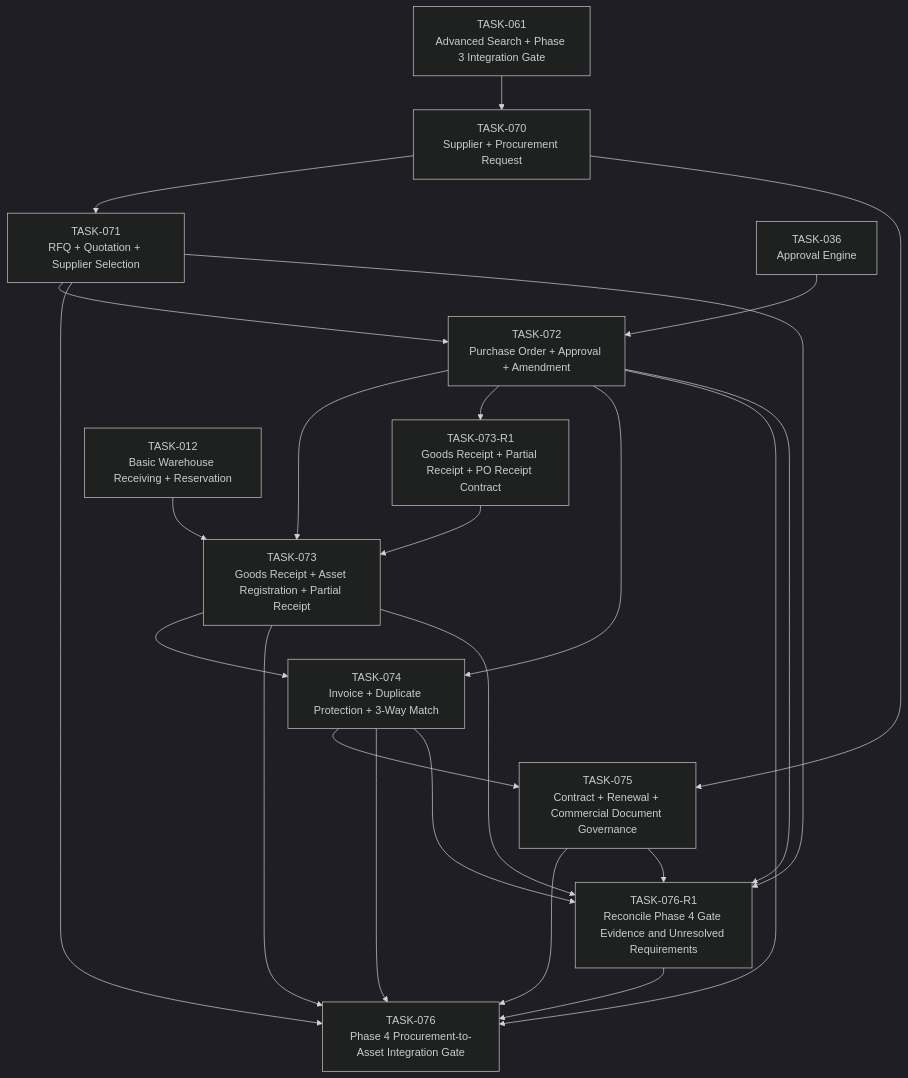
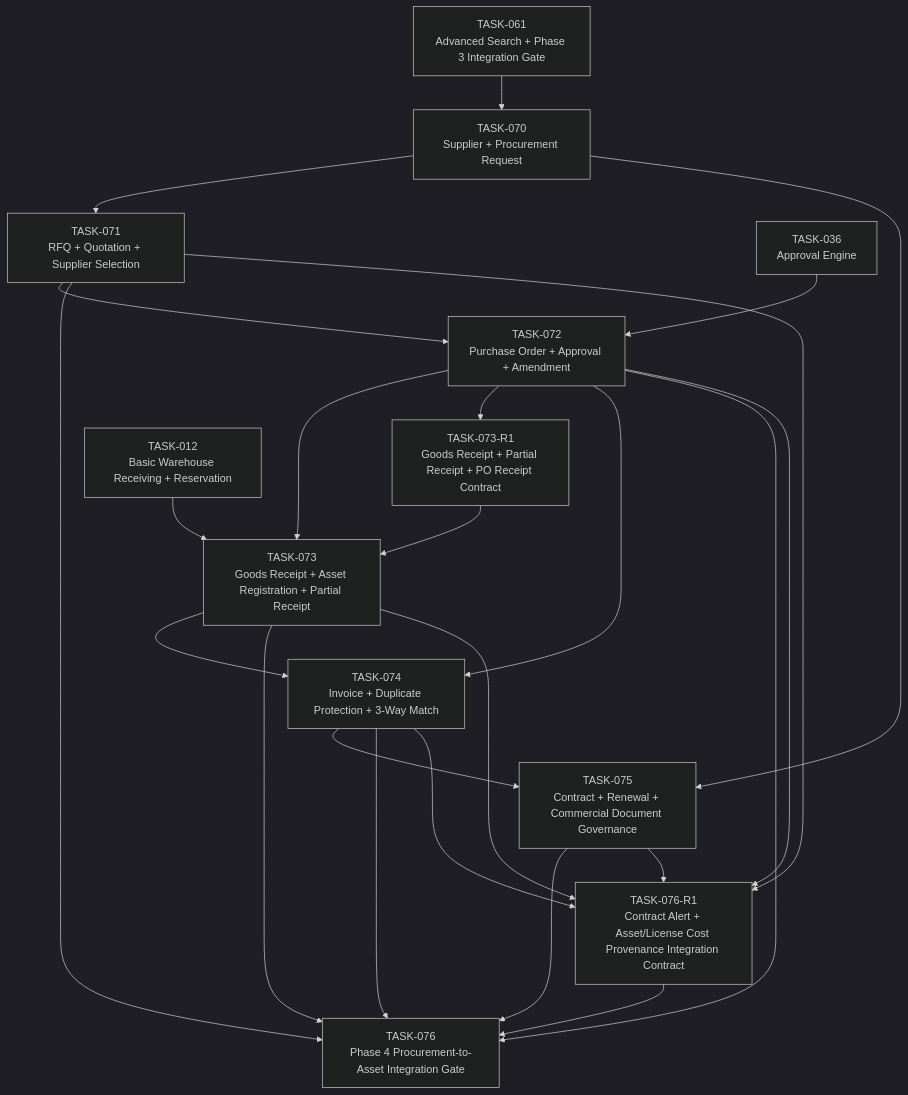
Before and after one commit to duclee9x/itcenter: the sixth of 7 diagrams in tasks/CODEX_TASK_DEPENDENCY_GRAPH.md, drawn with Mermaid (dark theme). The commit also changed 16 other files, not shown here.

Commit message:
Define TASK-076 alert and cost provenance contract

````diff
--- a/tasks/CODEX_TASK_DEPENDENCY_GRAPH.md
+++ b/tasks/CODEX_TASK_DEPENDENCY_GRAPH.md
@@ -219,38 +219,38 @@
 ```mermaid
 flowchart TD
   TASK_070["TASK-070<br/>Supplier + Procurement Request"]
   TASK_071["TASK-071<br/>RFQ + Quotation + Supplier Selection"]
   TASK_072["TASK-072<br/>Purchase Order + Approval + Amendment"]
   TASK_073_R1["TASK-073-R1<br/>Goods Receipt + Partial Receipt + PO Receipt Contract"]
   TASK_073["TASK-073<br/>Goods Receipt + Asset Registration + Partial Receipt"]
   TASK_074["TASK-074<br/>Invoice + Duplicate Protection + 3-Way Match"]
   TASK_075["TASK-075<br/>Contract + Renewal + Commercial Document Governance"]
-  TASK_076_R1["TASK-076-R1<br/>Reconcile Phase 4 Gate Evidence and Unresolved Requirements"]
+  TASK_076_R1["TASK-076-R1<br/>Contract Alert + Asset/License Cost Provenance Integration Contract"]
   TASK_076["TASK-076<br/>Phase 4 Procurement-to-Asset Integration Gate"]
   TASK_061["TASK-061<br/>Advanced Search + Phase 3 Integration Gate"]
   TASK_061 --> TASK_070
   TASK_070 --> TASK_071
   TASK_036["TASK-036<br/>Approval Engine"]
   TASK_036 --> TASK_072
   TASK_071 --> TASK_072
   TASK_012["TASK-012<br/>Basic Warehouse Receiving + Reservation"]
   TASK_012 --> TASK_073
   TASK_072 --> TASK_073
   TASK_072 --> TASK_073_R1
   TASK_073_R1 --> TASK_073
   TASK_072 --> TASK_074
   TASK_073 --> TASK_074
   TASK_070 --> TASK_075
   TASK_074 --> TASK_075
   TASK_071 --> TASK_076
   TASK_072 --> TASK_076
   TASK_073 --> TASK_076
   TASK_074 --> TASK_076
   TASK_075 --> TASK_076
   TASK_071 --> TASK_076_R1
   TASK_072 --> TASK_076_R1
   TASK_073 --> TASK_076_R1
   TASK_074 --> TASK_076_R1
   TASK_075 --> TASK_076_R1
   TASK_076_R1 --> TASK_076
 ```
````
